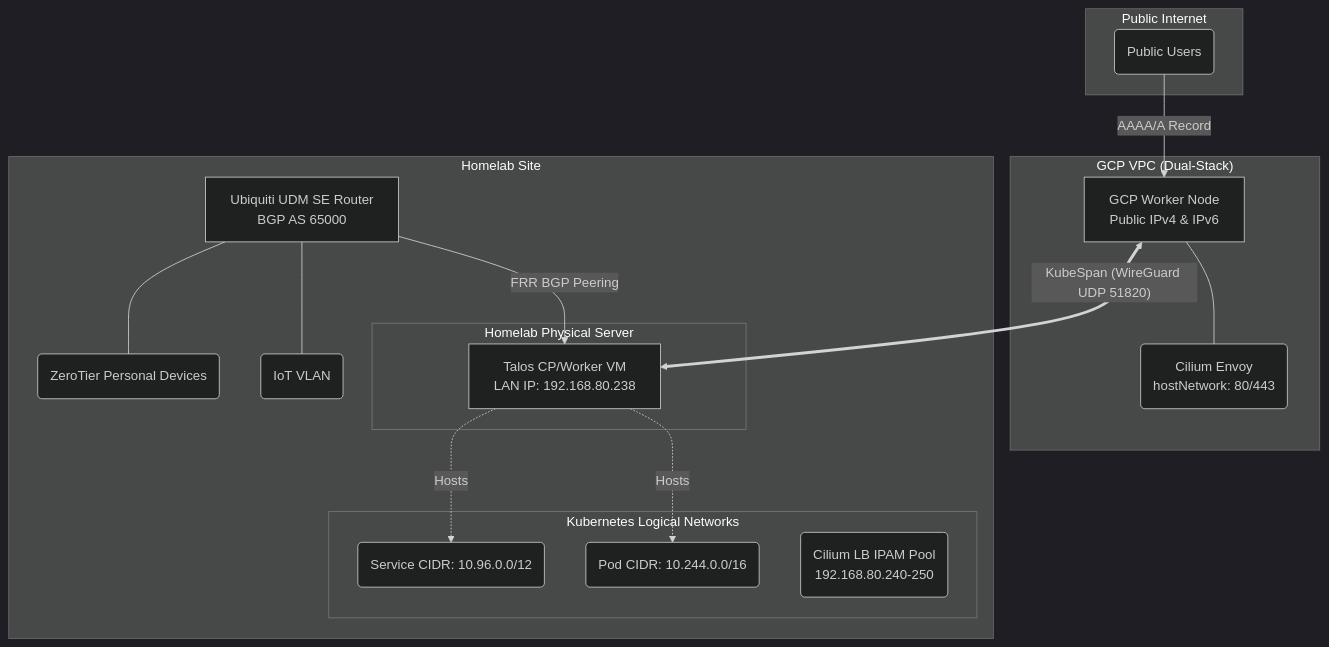
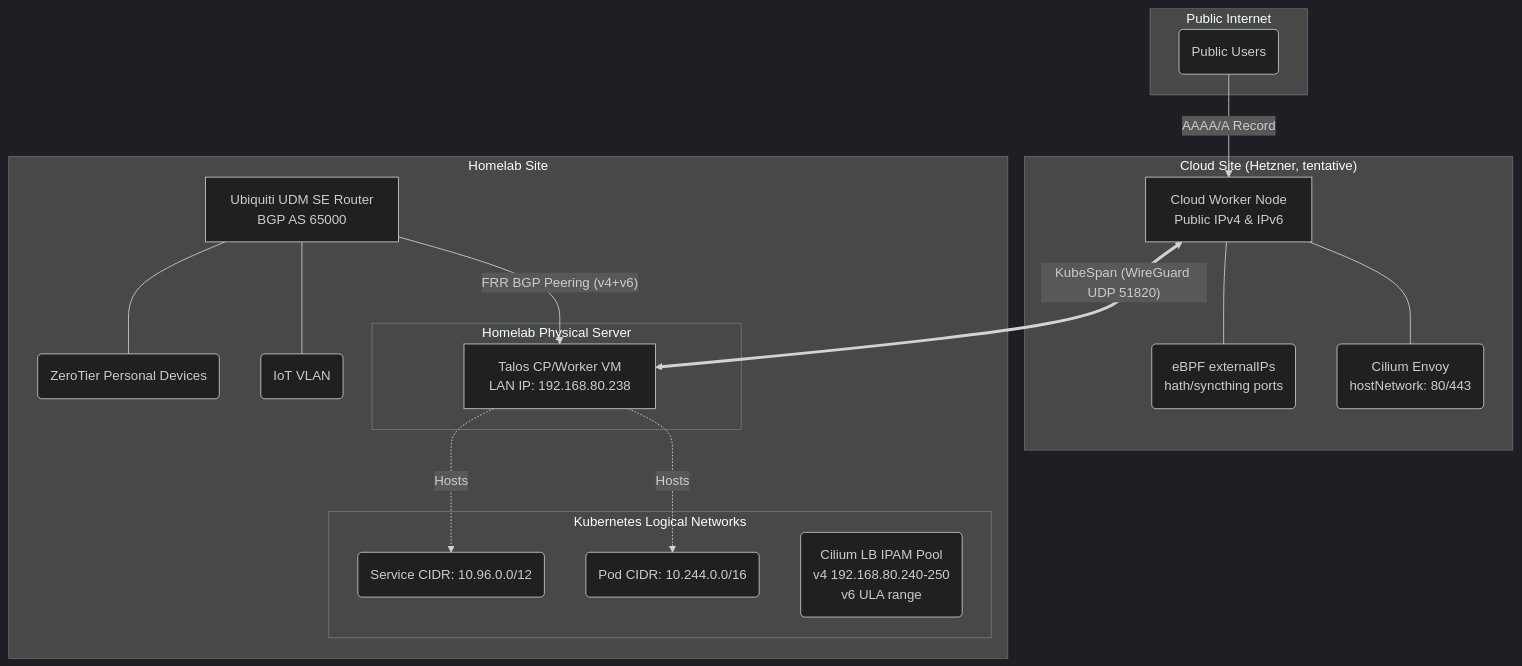
The diagram in docs/architecture.md (Aetf/kluster), drawn with Mermaid (dark theme) before and after one commit. The commit also changed other lines of this file and 3 other files, not shown here.

````diff
--- a/docs/architecture.md
+++ b/docs/architecture.md
@@ -25,42 +40,44 @@
 ```mermaid
 graph TD  
  subgraph "Public Internet"  
  User(Public Users)  
  end  
   
- subgraph "GCP VPC (Dual-Stack)"  
- GCP_Worker[GCP Worker Node <br> Public IPv4 & IPv6]  
+ subgraph "Cloud Site (Hetzner, tentative)"  
+ Cloud_Worker[Cloud Worker Node <br> Public IPv4 & IPv6]  
  Envoy1(Cilium Envoy <br> hostNetwork: 80/443)  
- GCP_Worker --- Envoy1  
+ RawTCP(eBPF externalIPs <br> hath/syncthing ports)  
+ Cloud_Worker --- Envoy1  
+ Cloud_Worker --- RawTCP  
  end  
   
  subgraph "Homelab Site"  
  DMSE[Ubiquiti UDM SE Router <br> BGP AS 65000]  
    
 subgraph "Homelab Physical Server"  
  Homelab_VM[Talos CP/Worker VM <br> LAN IP: 192.168.80.238]  
  end  
    
 subgraph "Kubernetes Logical Networks"  
  Pods(Pod CIDR: 10.244.0.0/16)  
  SVC(Service CIDR: 10.96.0.0/12)  
- LB_Pool(Cilium LB IPAM Pool <br> 192.168.80.240-250)  
+ LB_Pool(Cilium LB IPAM Pool <br> v4 192.168.80.240-250 <br> v6 ULA range)  
  end  
    
 VLAN_IoT(IoT VLAN)  
  ZT_Net(ZeroTier Personal Devices)  
  end  
   
  %% Routing Flow  
- User -- "AAAA/A Record" --> GCP_Worker  
- DMSE -- "FRR BGP Peering" --> Homelab_VM  
+ User -- "AAAA/A Record" --> Cloud_Worker  
+ DMSE -- "FRR BGP Peering (v4+v6)" --> Homelab_VM  
  DMSE --- VLAN_IoT  
  DMSE --- ZT_Net  
    
 %% KubeSpan  
- GCP_Worker <== "KubeSpan (WireGuard UDP 51820)" ==> Homelab_VM  
-   
+ Cloud_Worker <== "KubeSpan (WireGuard UDP 51820)" ==> Homelab_VM  
+  
 %% Logical internal links  
  Homelab_VM -. "Hosts" .-> Pods  
  Homelab_VM -. "Hosts" .-> SVC  
 ```
````
